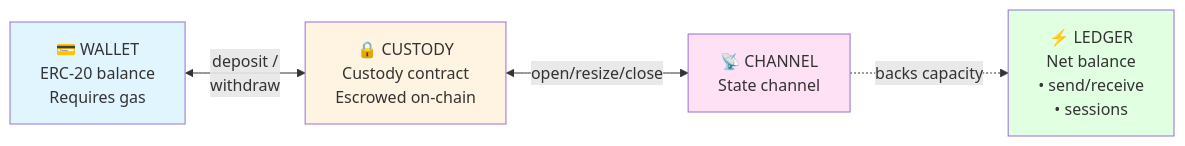
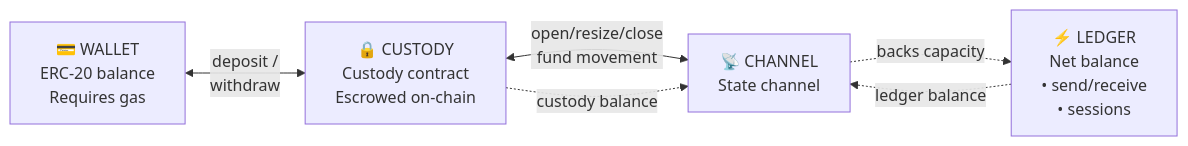
One commit to grmkris/trivia-royale-erc7824 changed the first of 3 diagrams in apps/docs/content/docs/trivia-royale/core-concepts/balance-model.md. Above: the diagram before and after it, drawn with Mermaid. The commit also changed 12 other files, not shown here.

````diff
--- a/apps/docs/content/docs/trivia-royale/core-concepts/balance-model.md
+++ b/apps/docs/content/docs/trivia-royale/core-concepts/balance-model.md
@@ -14,16 +14,13 @@
 ```mermaid
 graph LR
     A["💳 WALLET<br/>ERC-20 balance<br/>Requires gas"]
     B["🔒 CUSTODY<br/>Custody contract<br/>Escrowed on-chain"]
     C["📡 CHANNEL<br/>State channel"]
     D["⚡ LEDGER<br/>Net balance<br/>• send/receive<br/>• sessions"]
 
     A <-->|deposit /<br/>withdraw| B
-    B <-->|open/resize/close| C
+    B <-->|open/resize/close<br/>fund movement| C
+    B -.->|custody balance| C
+    D -.->|ledger balance| C
     C -.->|backs capacity| D
-
-    style A fill:#e1f5ff
-    style B fill:#fff4e1
-    style C fill:#ffe1f5
-    style D fill:#e1ffe1
 ```
````
